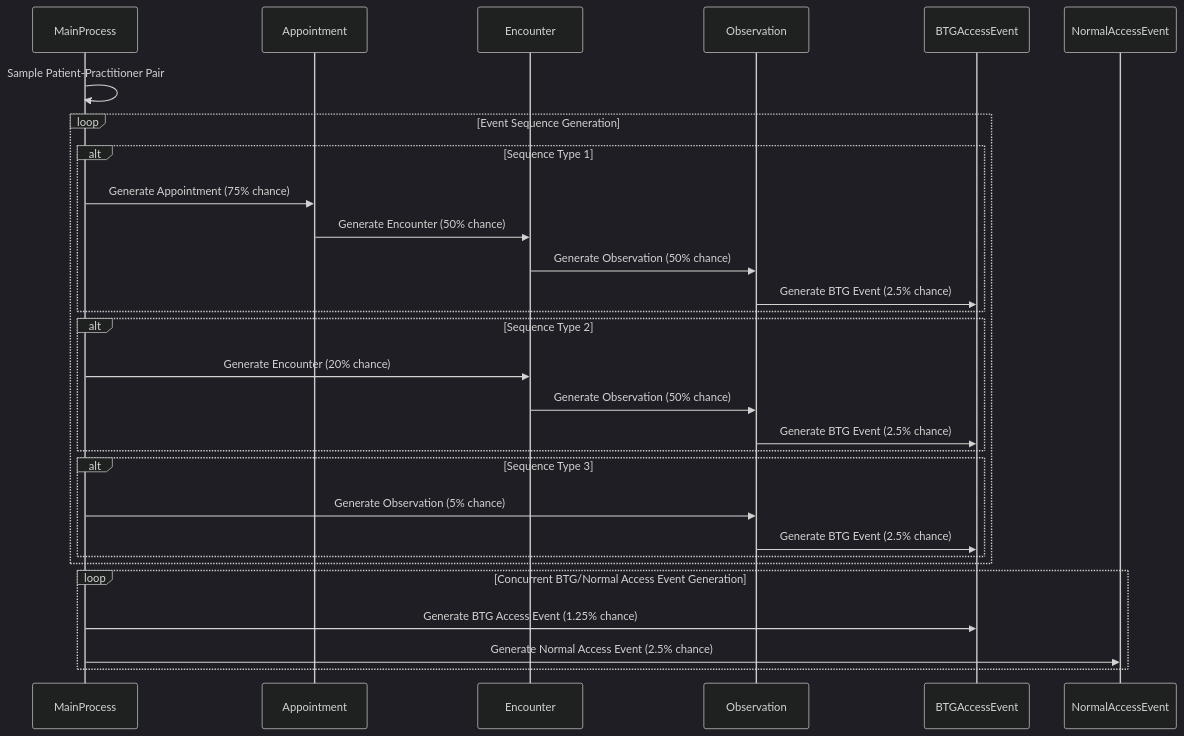
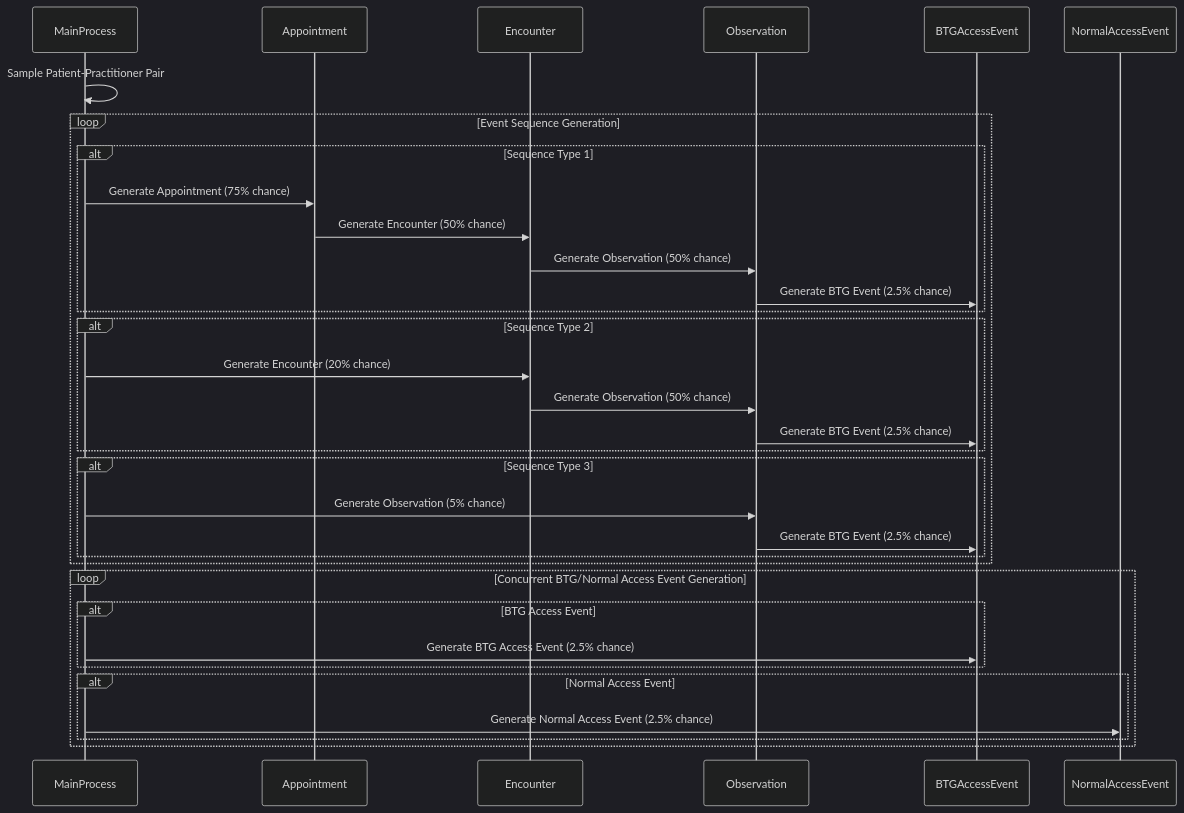
The diagram in docs/sim.md (NicklasXYZ/hcs-synthetic-data-generator), drawn with Mermaid (dark theme) before and after one commit. The commit also changed 8 other files, not shown here.

````diff
--- a/docs/sim.md
+++ b/docs/sim.md
@@ -71,36 +71,41 @@
 ```mermaid
 sequenceDiagram
     participant MainProcess
     participant Appointment
     participant Encounter
     participant Observation
     participant BTGAccessEvent
     participant NormalAccessEvent
     
     MainProcess->>MainProcess: Sample Patient-Practitioner Pair
 
     loop Event Sequence Generation
         alt Sequence Type 1
             MainProcess->>Appointment: Generate Appointment (75% chance)
             Appointment->>Encounter: Generate Encounter (50% chance)
             Encounter->>Observation: Generate Observation (50% chance)
             Observation->>BTGAccessEvent: Generate BTG Event (2.5% chance)
         end
 
         alt Sequence Type 2
             MainProcess->>Encounter: Generate Encounter (20% chance)
             Encounter->>Observation: Generate Observation (50% chance)
             Observation->>BTGAccessEvent: Generate BTG Event (2.5% chance)
         end
 
         alt Sequence Type 3
             MainProcess->>Observation: Generate Observation (5% chance)
             Observation->>BTGAccessEvent: Generate BTG Event (2.5% chance)
         end
     end
 
     loop Concurrent BTG/Normal Access Event Generation
-        MainProcess->>BTGAccessEvent: Generate BTG Access Event (1.25% chance)
-        MainProcess->>NormalAccessEvent: Generate Normal Access Event (2.5% chance)
+        alt BTG Access Event
+            MainProcess->>BTGAccessEvent: Generate BTG Access Event (2.5% chance)
+        end
+
+        alt Normal Access Event
+            MainProcess->>NormalAccessEvent: Generate Normal Access Event (2.5% chance)
+        end
     end
 ```
````
